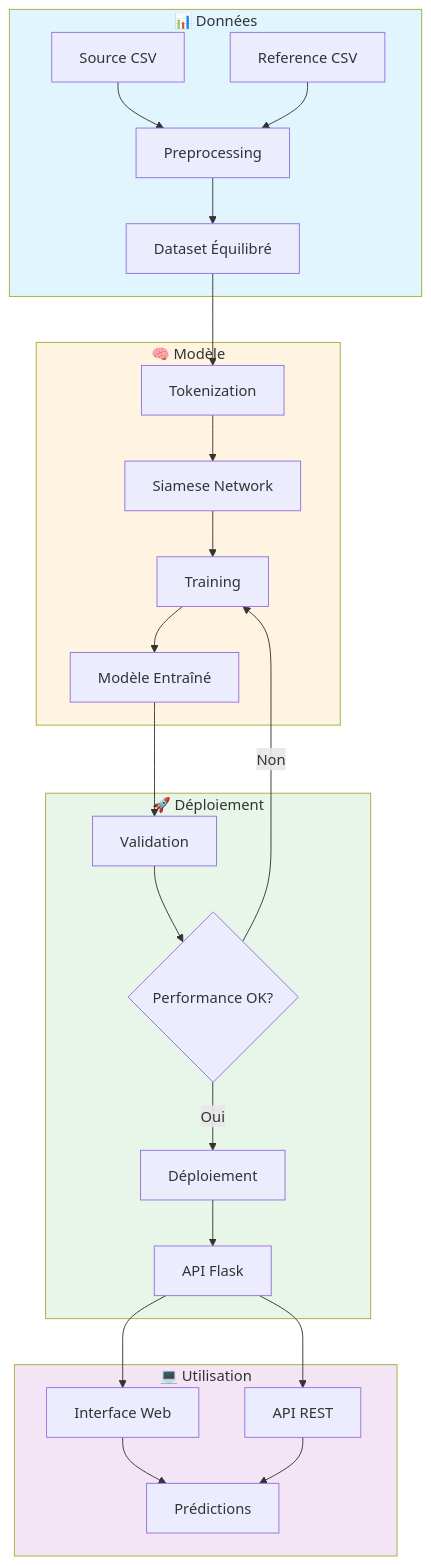
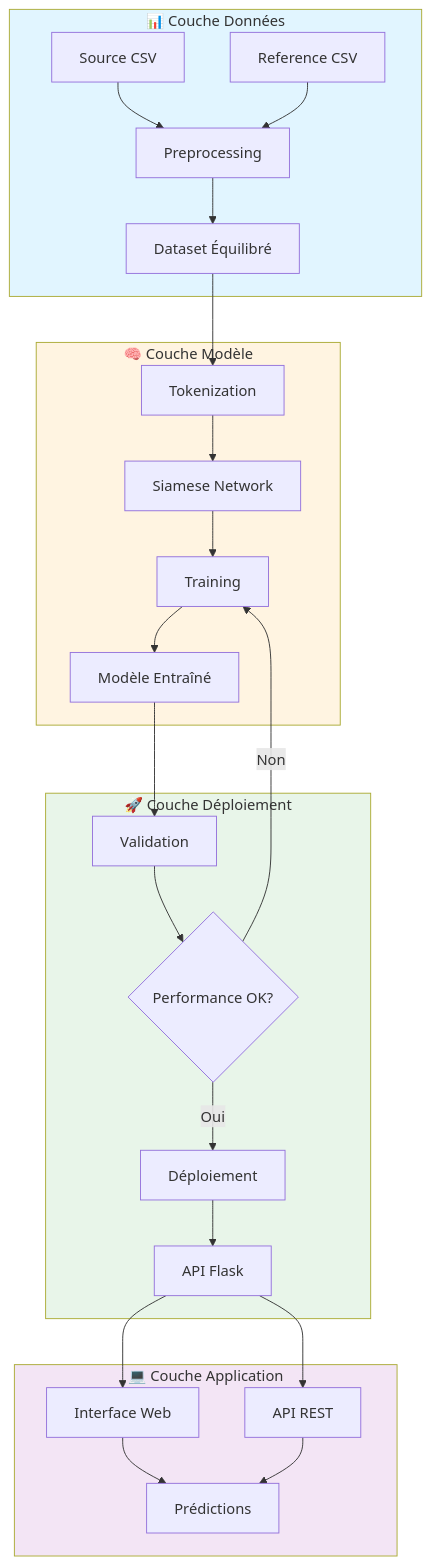
The first of 3 diagrams in README.md (mounirlamsayah/Entity_Resolution_MLOps), drawn with Mermaid before and after one commit. The commit also changed other lines of this file, not shown here.

````diff
--- a/README.md
+++ b/README.md
@@ -76,35 +91,35 @@
 ```mermaid
 graph TB
-    subgraph Data["📊 Données"]
+    subgraph Data["📊 Couche Données"]
         A[Source CSV] --> B[Preprocessing]
         C[Reference CSV] --> B
         B --> D[Dataset Équilibré]
     end
     
-    subgraph Model["🧠 Modèle"]
+    subgraph Model["🧠 Couche Modèle"]
         D --> E[Tokenization]
         E --> F[Siamese Network]
         F --> G[Training]
         G --> H[Modèle Entraîné]
     end
     
-    subgraph Deploy["🚀 Déploiement"]
+    subgraph Deploy["🚀 Couche Déploiement"]
         H --> I[Validation]
         I --> J{Performance OK?}
         J -->|Oui| K[Déploiement]
         J -->|Non| G
         K --> L[API Flask]
     end
     
-    subgraph Use["💻 Utilisation"]
+    subgraph Use["💻 Couche Application"]
         L --> M[Interface Web]
         L --> N[API REST]
         M --> O[Prédictions]
         N --> O
     end
     
     style Data fill:#e1f5ff
     style Model fill:#fff4e1
     style Deploy fill:#e8f5e9
     style Use fill:#f3e5f5
 ```
````
